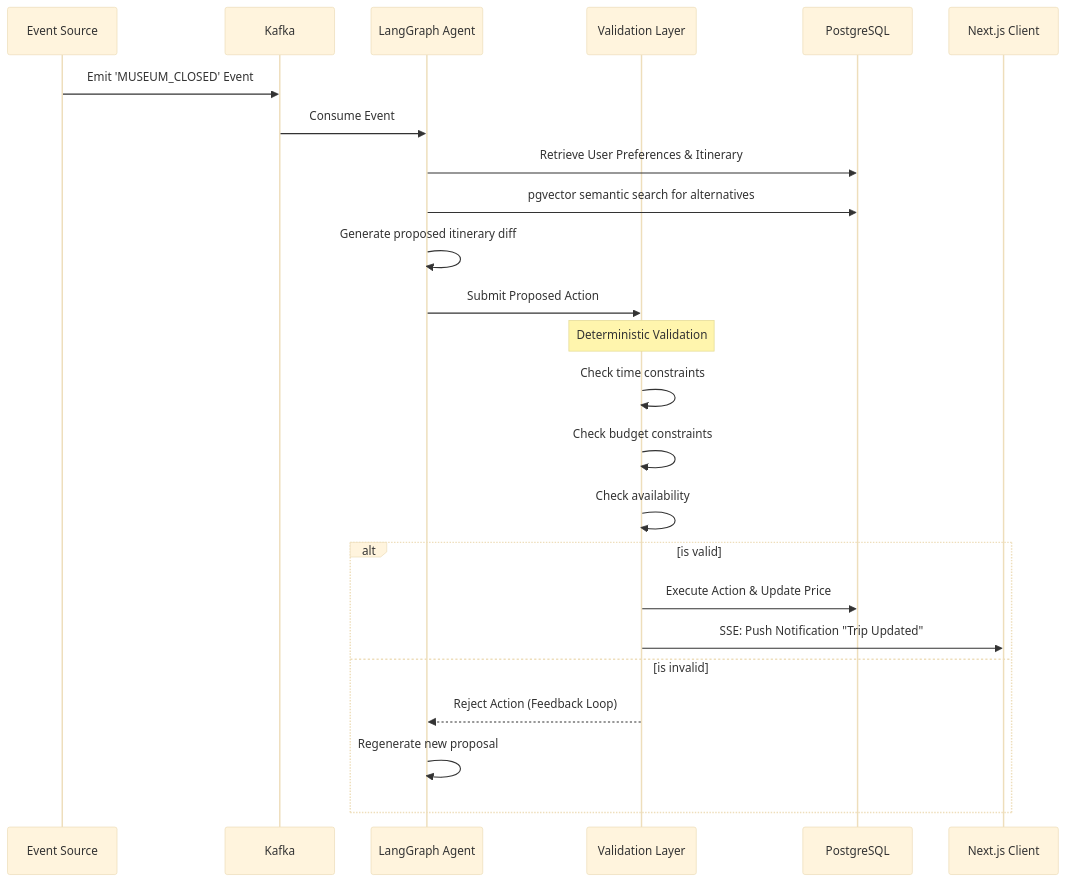
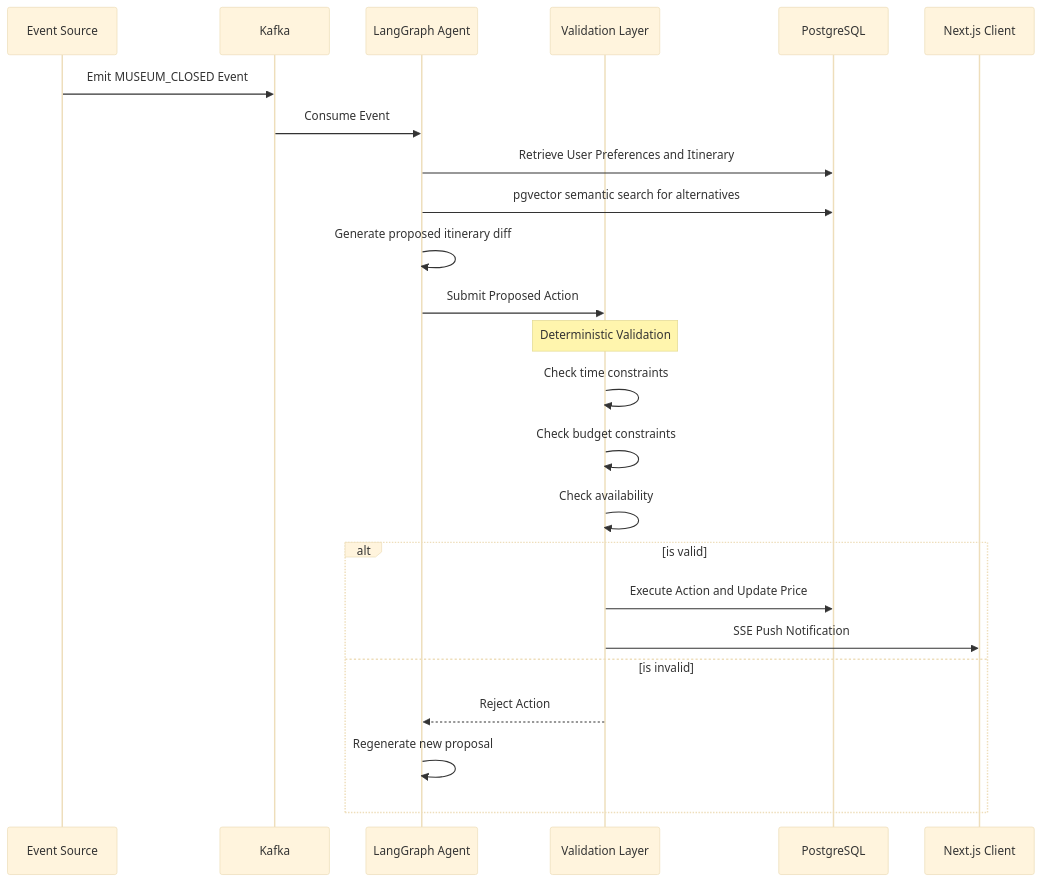
One commit to Darshan-aiml/Orion changed the third of 3 diagrams in README.md. Above: the diagram before and after it, drawn with Mermaid (base theme). The commit also changed other lines of this file, not shown here.

Commit message:
docs: fix mermaid diagrams, remove emojis, add system design and capacity planning

````diff
--- a/README.md
+++ b/README.md
@@ -158,29 +155,29 @@
 ```mermaid
 sequenceDiagram
     participant E as Event Source
     participant K as Kafka
     participant A as LangGraph Agent
     participant V as Validation Layer
     participant DB as PostgreSQL
     participant UI as Next.js Client
 
-    E->>K: Emit 'MUSEUM_CLOSED' Event
+    E->>K: Emit MUSEUM_CLOSED Event
     K->>A: Consume Event
-    A->>DB: Retrieve User Preferences & Itinerary
+    A->>DB: Retrieve User Preferences and Itinerary
     A->>DB: pgvector semantic search for alternatives
     A->>A: Generate proposed itinerary diff
     A->>V: Submit Proposed Action
     
     Note over V: Deterministic Validation
     V->>V: Check time constraints
     V->>V: Check budget constraints
     V->>V: Check availability
     
     alt is valid
-        V->>DB: Execute Action & Update Price
-        V->>UI: SSE: Push Notification "Trip Updated"
+        V->>DB: Execute Action and Update Price
+        V->>UI: SSE Push Notification
     else is invalid
-        V-->>A: Reject Action (Feedback Loop)
+        V-->>A: Reject Action
         A->>A: Regenerate new proposal
     end
 ```
````
